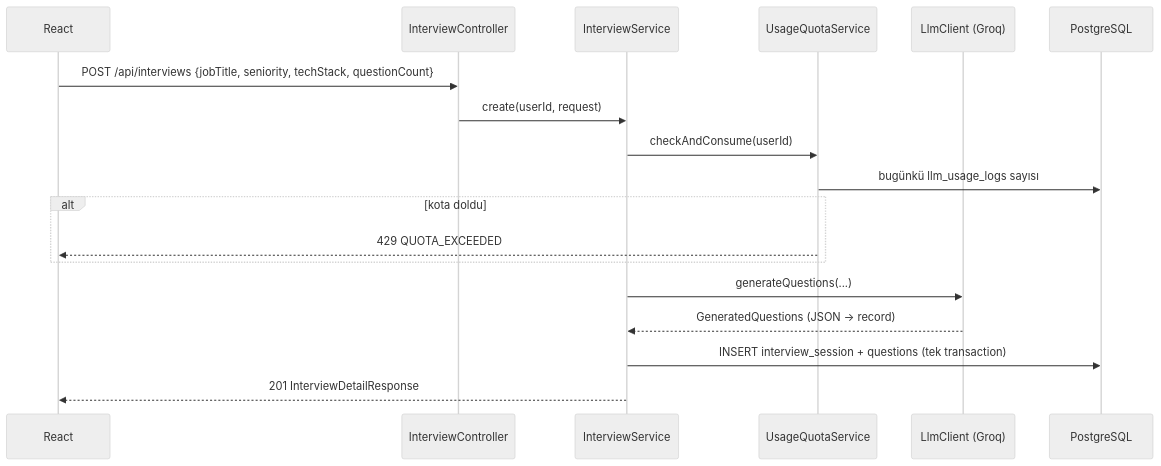
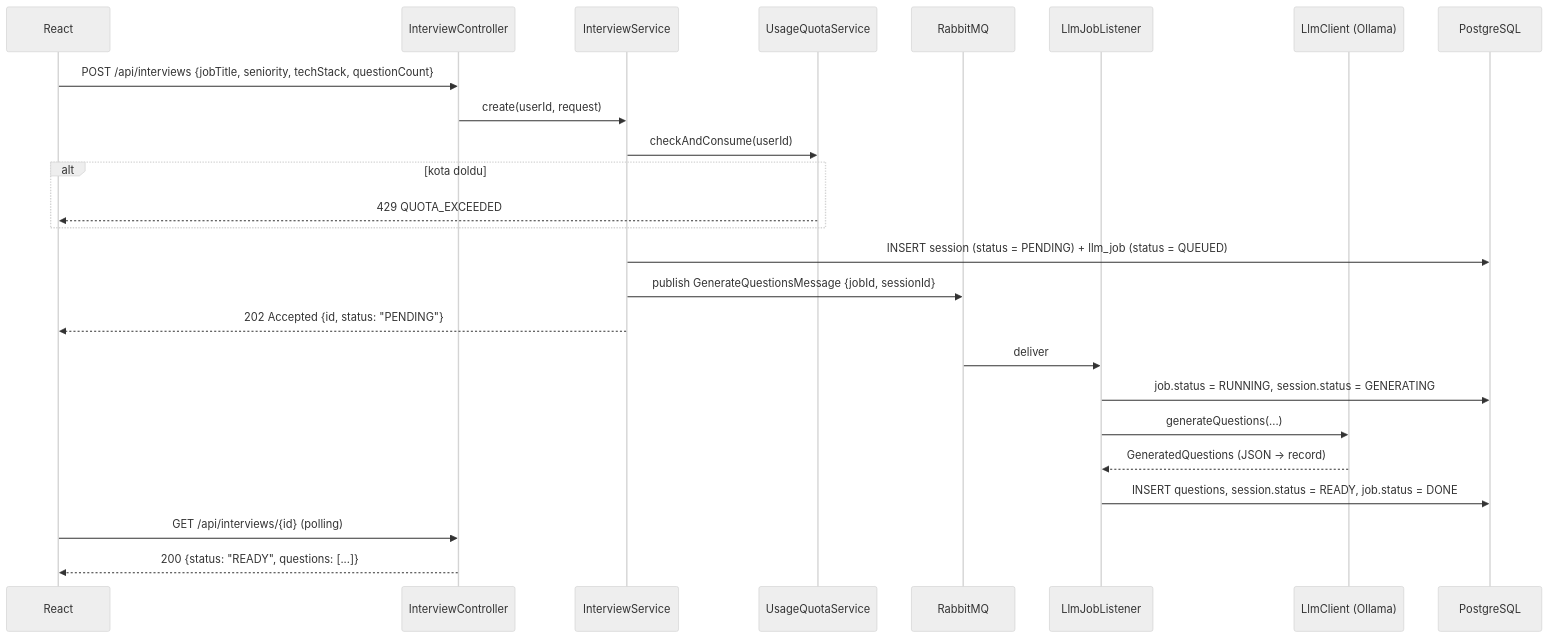
The third of 6 diagrams in docs/02-mimari.md (OzlemBalikci/DocuMind), drawn with Mermaid (neutral theme) before and after one commit. The commit also changed other lines of this file and 8 other files, not shown here.

````diff
--- a/docs/02-mimari.md
+++ b/docs/02-mimari.md
@@ -144,21 +187,30 @@
 ```mermaid
 sequenceDiagram
     participant FE as React
     participant API as InterviewController
     participant S as InterviewService
     participant Q as UsageQuotaService
-    participant L as LlmClient (Groq)
+    participant MQ as RabbitMQ
+    participant W as LlmJobListener
+    participant L as LlmClient (Ollama)
     participant DB as PostgreSQL
 
     FE->>API: POST /api/interviews {jobTitle, seniority, techStack, questionCount}
     API->>S: create(userId, request)
     S->>Q: checkAndConsume(userId)
-    Q->>DB: bugünkü llm_usage_logs sayısı
     alt kota doldu
         Q-->>FE: 429 QUOTA_EXCEEDED
     end
-    S->>L: generateQuestions(...)
-    L-->>S: GeneratedQuestions (JSON → record)
-    S->>DB: INSERT interview_session + questions (tek transaction)
-    S-->>FE: 201 InterviewDetailResponse
+    S->>DB: INSERT session (status = PENDING) + llm_job (status = QUEUED)
+    S->>MQ: publish GenerateQuestionsMessage {jobId, sessionId}
+    S-->>FE: 202 Accepted {id, status: "PENDING"}
+
+    MQ->>W: deliver
+    W->>DB: job.status = RUNNING, session.status = GENERATING
+    W->>L: generateQuestions(...)
+    L-->>W: GeneratedQuestions (JSON → record)
+    W->>DB: INSERT questions, session.status = READY, job.status = DONE
+
+    FE->>API: GET /api/interviews/{id} (polling)
+    API-->>FE: 200 {status: "READY", questions: [...]}
 ```
````
